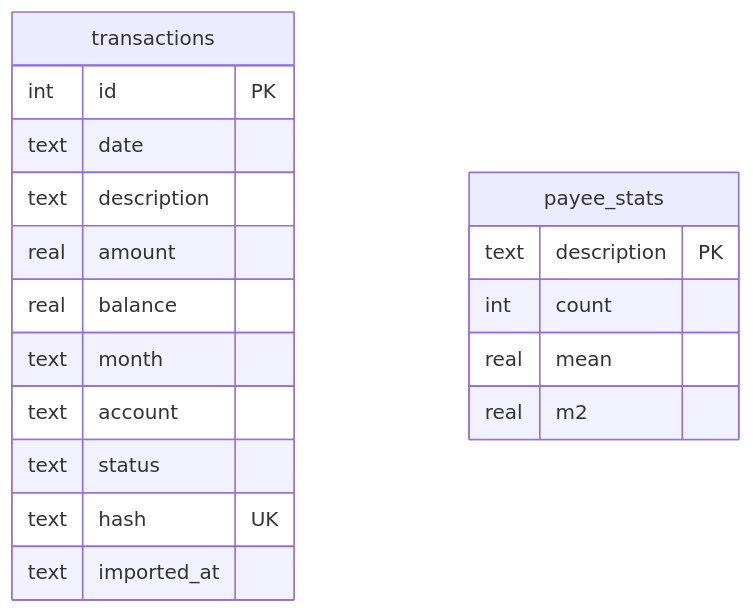
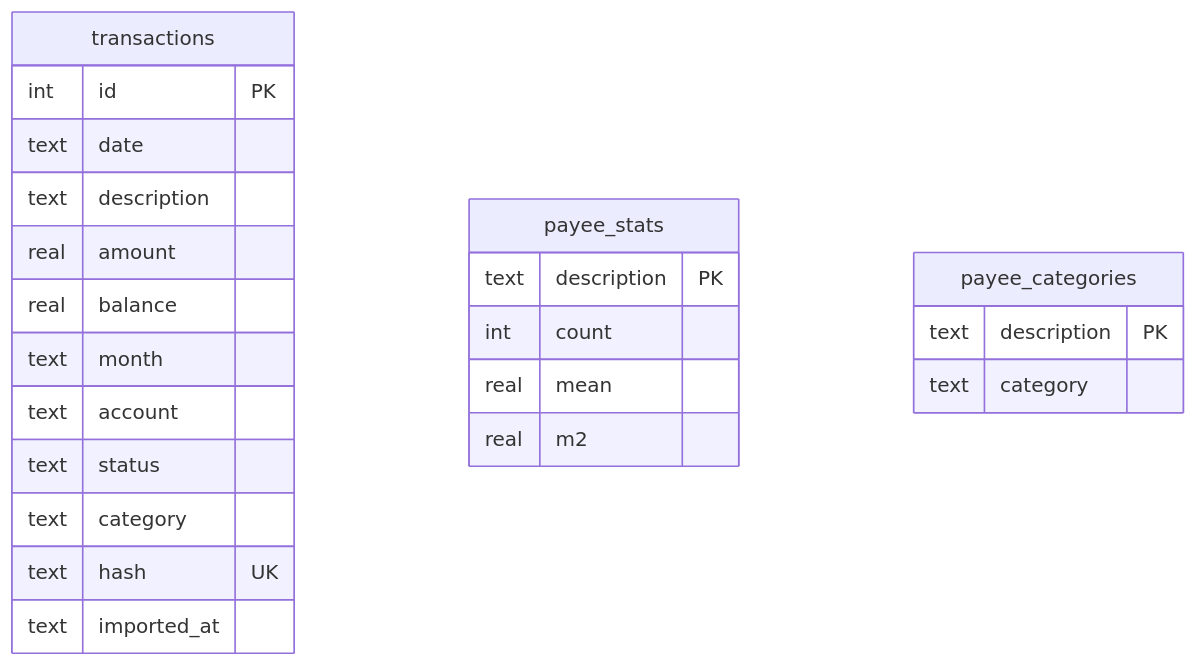
Before and after one commit to devmarkusb/accounting-anomaly-detector: the seventh of 7 diagrams in docs/DEVELOPMENT_SPEC.md, drawn with Mermaid. The commit also changed other lines of this file and 11 other files, not shown here.

Commit message:
Add review workflow with per-payee category learning and assignation

````diff
--- a/docs/DEVELOPMENT_SPEC.md
+++ b/docs/DEVELOPMENT_SPEC.md
@@ -482,21 +550,26 @@
 ```mermaid
 erDiagram
     transactions {
         int id PK
         text date
         text description
         real amount
         real balance
         text month
         text account
         text status
+        text category
         text hash UK
         text imported_at
     }
     payee_stats {
         text description PK
         int count
         real mean
         real m2
     }
+    payee_categories {
+        text description PK
+        text category
+    }
 ```
````
